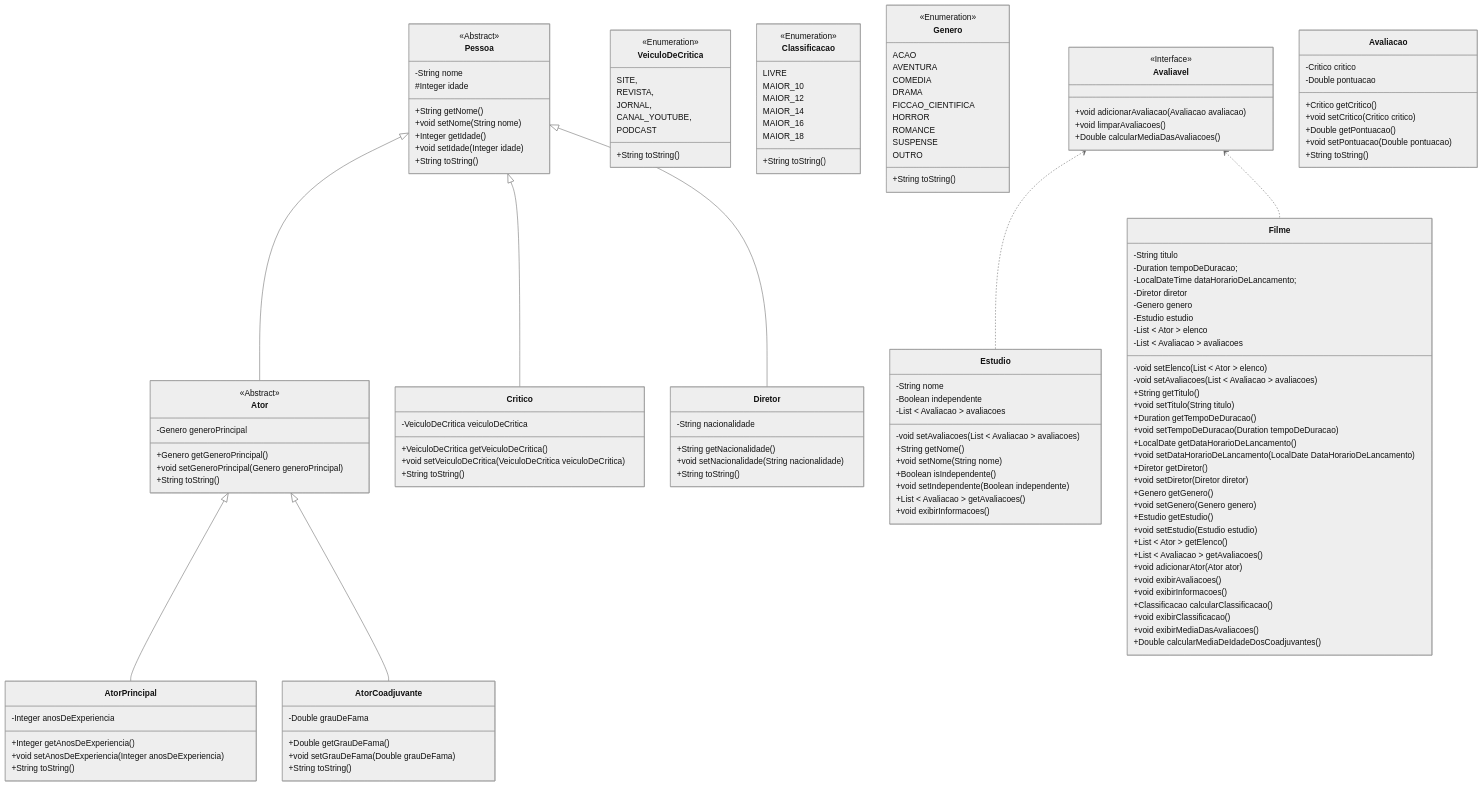
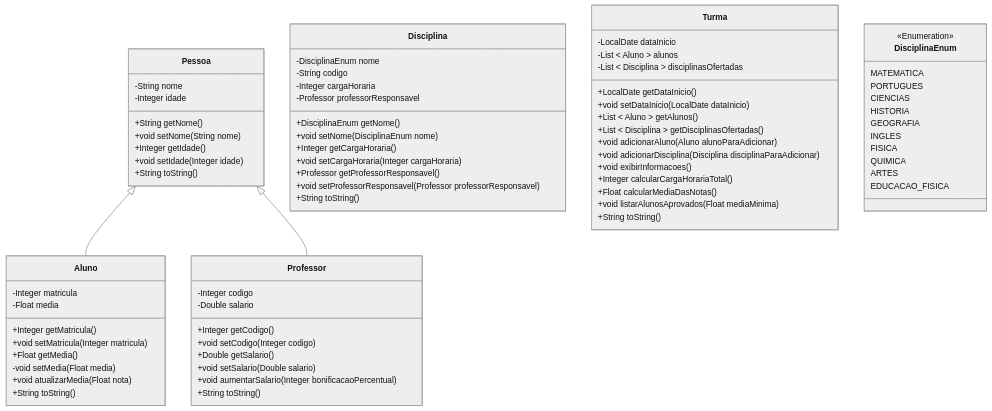
The diagram in exercicio-003/versao-001/README.md (heltonricardo/enunciados-exercicios-java), drawn with Mermaid (neutral theme) before and after one commit. The commit also changed other lines of this file and 7 other files, not shown here.

````diff
--- a/exercicio-003/versao-001/README.md
+++ b/exercicio-003/versao-001/README.md
@@ -28,9 +28,8 @@
 classDiagram
 
 class Pessoa {
-  <<Abstract>>
   -String nome
-  #Integer idade
+  -Integer idade
   +String getNome()
   +void setNome(String nome)
   +Integer getIdade()
@@ -38,148 +37,73 @@
   +String toString()
 }
 
-class VeiculoDeCritica {
-  <<Enumeration>>
-  SITE,
-  REVISTA,
-  JORNAL,
-  CANAL_YOUTUBE,
-  PODCAST
+class Aluno {
+  -Integer matricula
+  -Float media
+  +Integer getMatricula()
+  +void setMatricula(Integer matricula)
+  +Float getMedia()
+  -void setMedia(Float media)
+  +void atualizarMedia(Float nota)
   +String toString()
 }
 
-class Classificacao {
-  <<Enumeration>>
-  LIVRE
-  MAIOR_10
-  MAIOR_12
-  MAIOR_14
-  MAIOR_16
-  MAIOR_18
+class Professor {
+  -Integer codigo
+  -Double salario
+  +Integer getCodigo()
+  +void setCodigo(Integer codigo)
+  +Double getSalario()
+  +void setSalario(Double salario)
+  +void aumentarSalario(Integer bonificacaoPercentual)
   +String toString()
 }
 
-class Genero {
-  <<Enumeration>>
-  ACAO
-  AVENTURA
-  COMEDIA
-  DRAMA
-  FICCAO_CIENTIFICA
-  HORROR
-  ROMANCE
-  SUSPENSE
-  OUTRO
+class Disciplina {
+  -DisciplinaEnum nome
+  -String codigo
+  -Integer cargaHoraria
+  -Professor professorResponsavel
+  +DisciplinaEnum getNome()
+  +void setNome(DisciplinaEnum nome)
+  +Integer getCargaHoraria()
+  +void setCargaHoraria(Integer cargaHoraria)
+  +Professor getProfessorResponsavel()
+  +void setProfessorResponsavel(Professor professorResponsavel)
   +String toString()
 }
 
-class Ator {
-  <<Abstract>>
-  -Genero generoPrincipal
-  +Genero getGeneroPrincipal()
-  +void setGeneroPrincipal(Genero generoPrincipal)
+class Turma {
+  -LocalDate dataInicio
+  -List < Aluno > alunos
+  -List < Disciplina > disciplinasOfertadas
+  +LocalDate getDataInicio()
+  +void setDataInicio(LocalDate dataInicio)
+  +List < Aluno > getAlunos()
+  +List < Disciplina > getDisciplinasOfertadas()
+  +void adicionarAluno(Aluno alunoParaAdicionar)
+  +void adicionarDisciplina(Disciplina disciplinaParaAdicionar)
+  +void exibirInformacoes()
+  +Integer calcularCargaHorariaTotal()
+  +Float calcularMediaDasNotas()
+  +void listarAlunosAprovados(Float mediaMinima)
   +String toString()
 }
 
-class AtorPrincipal {
-  -Integer anosDeExperiencia
-  +Integer getAnosDeExperiencia()
-  +void setAnosDeExperiencia(Integer anosDeExperiencia)
-  +String toString()
+class DisciplinaEnum {
+  <<Enumeration>>
+  MATEMATICA
+  PORTUGUES
+  CIENCIAS
+  HISTORIA
+  GEOGRAFIA
+  INGLES
+  FISICA
+  QUIMICA
+  ARTES
+  EDUCACAO_FISICA
 }
 
-class AtorCoadjuvante {
-  -Double grauDeFama
-  +Double getGrauDeFama()
-  +void setGrauDeFama(Double grauDeFama)
-  +String toString()
-}
-
-class Critico {
-  -VeiculoDeCritica veiculoDeCritica
-  +VeiculoDeCritica getVeiculoDeCritica()
-  +void setVeiculoDeCritica(VeiculoDeCritica veiculoDeCritica)
-  +String toString()
-}
-
-class Diretor {
-  -String nacionalidade
-  +String getNacionalidade()
-  +void setNacionalidade(String nacionalidade)
-  +String toString()
-}
-
-class Estudio {
-  -String nome
-  -Boolean independente
-  -List < Avaliacao > avaliacoes
-  -void setAvaliacoes(List < Avaliacao > avaliacoes)
-  +String getNome()
-  +void setNome(String nome)
-  +Boolean isIndependente()
-  +void setIndependente(Boolean independente)
-  +List < Avaliacao > getAvaliacoes()
-  +void exibirInformacoes()
-}
-
-class Filme {
-  -String titulo
-  -Duration tempoDeDuracao;
-  -LocalDateTime dataHorarioDeLancamento;
-  -Diretor diretor
-  -Genero genero
-  -Estudio estudio
-  -List < Ator > elenco
-  -List < Avaliacao > avaliacoes
-  -void setElenco(List < Ator > elenco)
-  -void setAvaliacoes(List < Avaliacao > avaliacoes)
-  +String getTitulo()
-  +void setTitulo(String titulo)
-  +Duration getTempoDeDuracao()
-  +void setTempoDeDuracao(Duration tempoDeDuracao)
-  +LocalDate getDataHorarioDeLancamento()
-  +void setDataHorarioDeLancamento(LocalDate DataHorarioDeLancamento)
-  +Diretor getDiretor()
-  +void setDiretor(Diretor diretor)
-  +Genero getGenero()
-  +void setGenero(Genero genero)
-  +Estudio getEstudio()
-  +void setEstudio(Estudio estudio)
-  +List < Ator > getElenco()
-  +List < Avaliacao > getAvaliacoes()
-  +void adicionarAtor(Ator ator)
-  +void exibirAvaliacoes()
-  +void exibirInformacoes()
-  +Classificacao calcularClassificacao()
-  +void exibirClassificacao()
-  +void exibirMediaDasAvaliacoes()
-  +Double calcularMediaDeIdadeDosCoadjuvantes()
-}
-
-class Avaliavel {
-  <<Interface>>
-  +void adicionarAvaliacao(Avaliacao avaliacao)
-  +void limparAvaliacoes()
-  +Double calcularMediaDasAvaliacoes()
-}
-
-class Avaliacao {
-  -Critico critico
-  -Double pontuacao
-  +Critico getCritico()
-  +void setCritico(Critico critico)
-  +Double getPontuacao()
-  +void setPontuacao(Double pontuacao)
-  +String toString()
-}
-
-Pessoa <|-- Ator
-Pessoa <|-- Diretor
-Pessoa <|-- Critico
-
-Ator <|-- AtorPrincipal
-Ator <|-- AtorCoadjuvante
-
-Avaliavel <.. Estudio
-Avaliavel <.. Filme
+Pessoa <|-- Aluno
+Pessoa <|-- Professor
 ```
````
